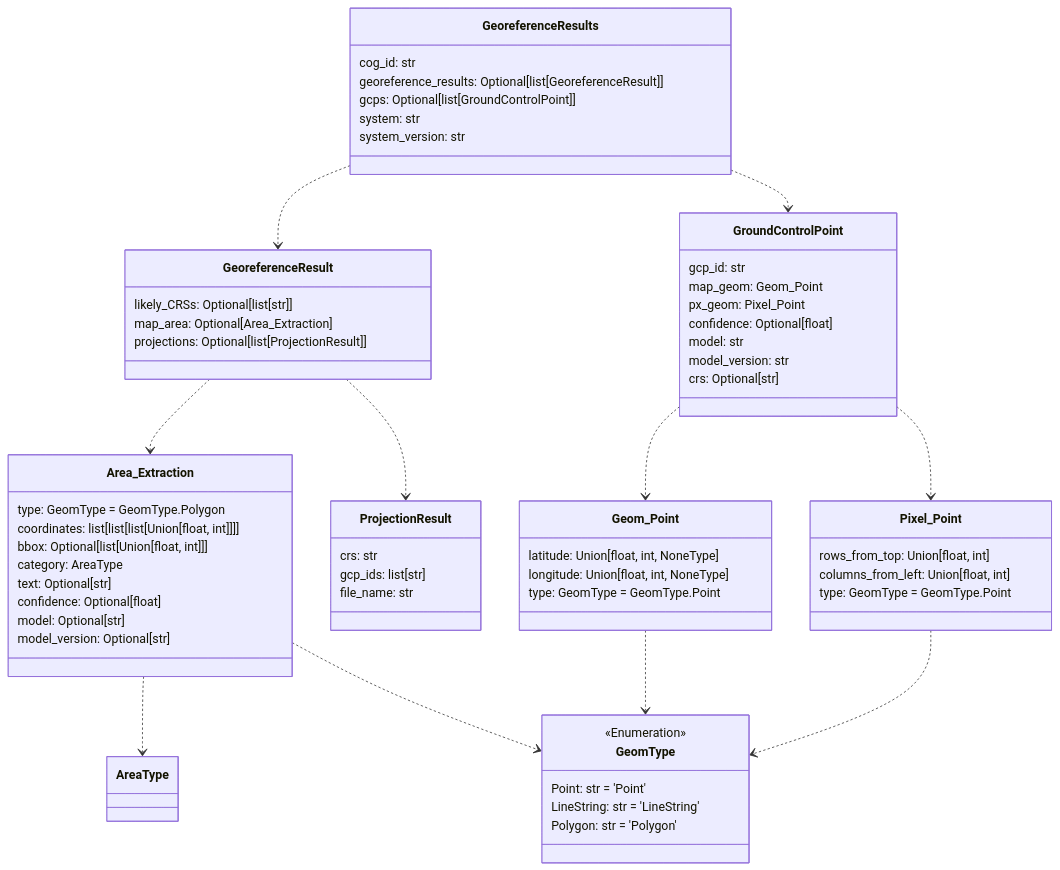
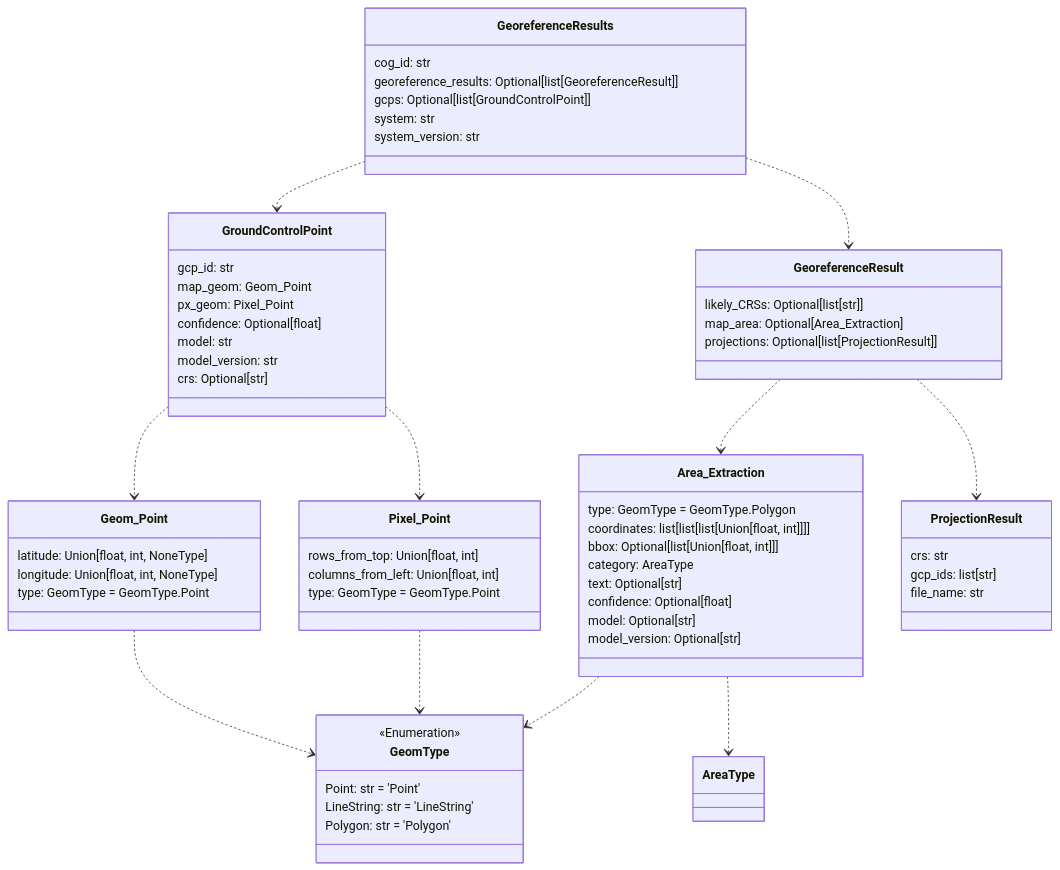
Before and after one commit to DARPA-CRITICALMAAS/cdr_schemas: the second of 12 diagrams in README.md, drawn with Mermaid. The commit also changed other lines of this file and 2 other files, not shown here.

````diff
--- a/README.md
+++ b/README.md
@@ -97,76 +97,76 @@
 ```mermaid
 classDiagram
+
+    class ProjectionResult {
+        crs: str
+        gcp_ids: list[str]
+        file_name: str
+    }
+
+    class Pixel_Point {
+        rows_from_top: Union[float, int]
+        columns_from_left: Union[float, int]
+        type: GeomType = GeomType.Point
+    }
+
+    class GeomType {
+        <<Enumeration>>
+        Point: str = 'Point'
+        LineString: str = 'LineString'
+        Polygon: str = 'Polygon'
+    }
 
     class Geom_Point {
         latitude: Union[float, int, NoneType]
         longitude: Union[float, int, NoneType]
         type: GeomType = GeomType.Point
     }
 
     class GroundControlPoint {
         gcp_id: str
         map_geom: Geom_Point
         px_geom: Pixel_Point
         confidence: Optional[float]
         model: str
         model_version: str
         crs: Optional[str]
     }
 
-    class GeomType {
-        <<Enumeration>>
-        Point: str = 'Point'
-        LineString: str = 'LineString'
-        Polygon: str = 'Polygon'
-    }
-
     class GeoreferenceResult {
         likely_CRSs: Optional[list[str]]
         map_area: Optional[Area_Extraction]
         projections: Optional[list[ProjectionResult]]
     }
 
-    class ProjectionResult {
-        crs: str
-        gcp_ids: list[str]
-        file_name: str
+    class GeoreferenceResults {
+        cog_id: str
+        georeference_results: Optional[list[GeoreferenceResult]]
+        gcps: Optional[list[GroundControlPoint]]
+        system: str
+        system_version: str
     }
 
     class Area_Extraction {
         type: GeomType = GeomType.Polygon
         coordinates: list[list[list[Union[float, int]]]]
         bbox: Optional[list[Union[float, int]]]
         category: AreaType
         text: Optional[str]
         confidence: Optional[float]
         model: Optional[str]
         model_version: Optional[str]
     }
 
-    class GeoreferenceResults {
-        cog_id: str
-        georeference_results: Optional[list[GeoreferenceResult]]
-        gcps: Optional[list[GroundControlPoint]]
-        system: str
-        system_version: str
-    }
-
-    class Pixel_Point {
-        rows_from_top: Union[float, int]
-        columns_from_left: Union[float, int]
-        type: GeomType = GeomType.Point
-    }
-
+    Area_Extraction ..> GeomType
     Area_Extraction ..> AreaType
-    Area_Extraction ..> GeomType
     Geom_Point ..> GeomType
     Pixel_Point ..> GeomType
+    GroundControlPoint ..> Geom_Point
     GroundControlPoint ..> Pixel_Point
-    GroundControlPoint ..> Geom_Point
+    GeoreferenceResult ..> Area_Extraction
     GeoreferenceResult ..> ProjectionResult
-    GeoreferenceResult ..> Area_Extraction
     GeoreferenceResults ..> GroundControlPoint
     GeoreferenceResults ..> GeoreferenceResult
 
 
 ```
````
